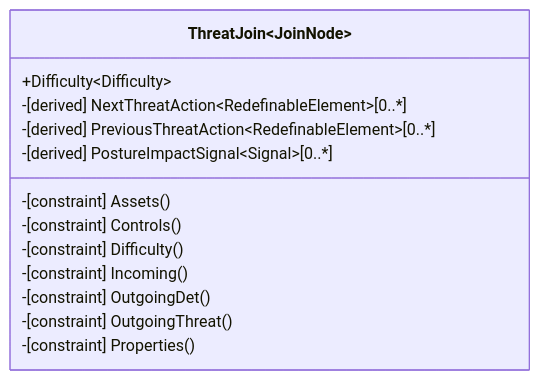
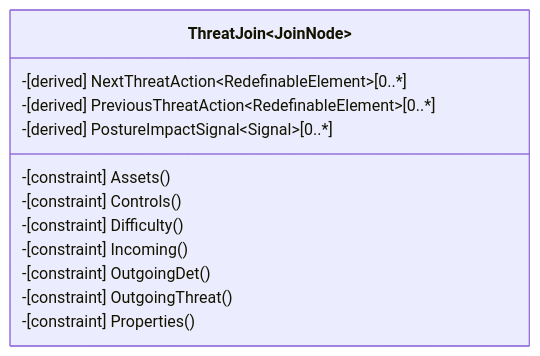
Before and after one commit to stuartfowler/CEMT: diagram 24 of 49 in Documentation/stereotypes.md, drawn with Mermaid. The commit also changed other lines of this file and 17 other files, not shown here.

````diff
--- a/Documentation/stereotypes.md
+++ b/Documentation/stereotypes.md
@@ -437,16 +437,15 @@
 ```mermaid
     classDiagram
-        class ThreatJoin~JoinNode~ { 
-            +Difficulty~Difficulty~     
+        class ThreatJoin~JoinNode~ {  
             -[derived] NextThreatAction~RedefinableElement~[0..*]
             -[derived] PreviousThreatAction~RedefinableElement~[0..*]
             -[derived] PostureImpactSignal~Signal~[0..*]
             -[constraint] Assets()
             -[constraint] Controls()
             -[constraint] Difficulty()
             -[constraint] Incoming()
             -[constraint] OutgoingDet()
             -[constraint] OutgoingThreat()
             -[constraint] Properties()
         }
 ```
````
